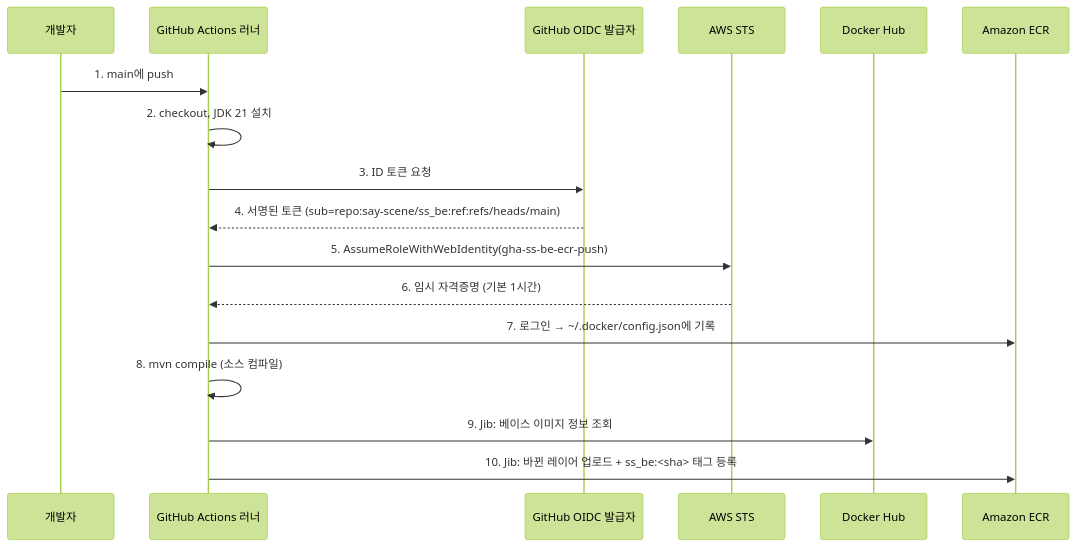
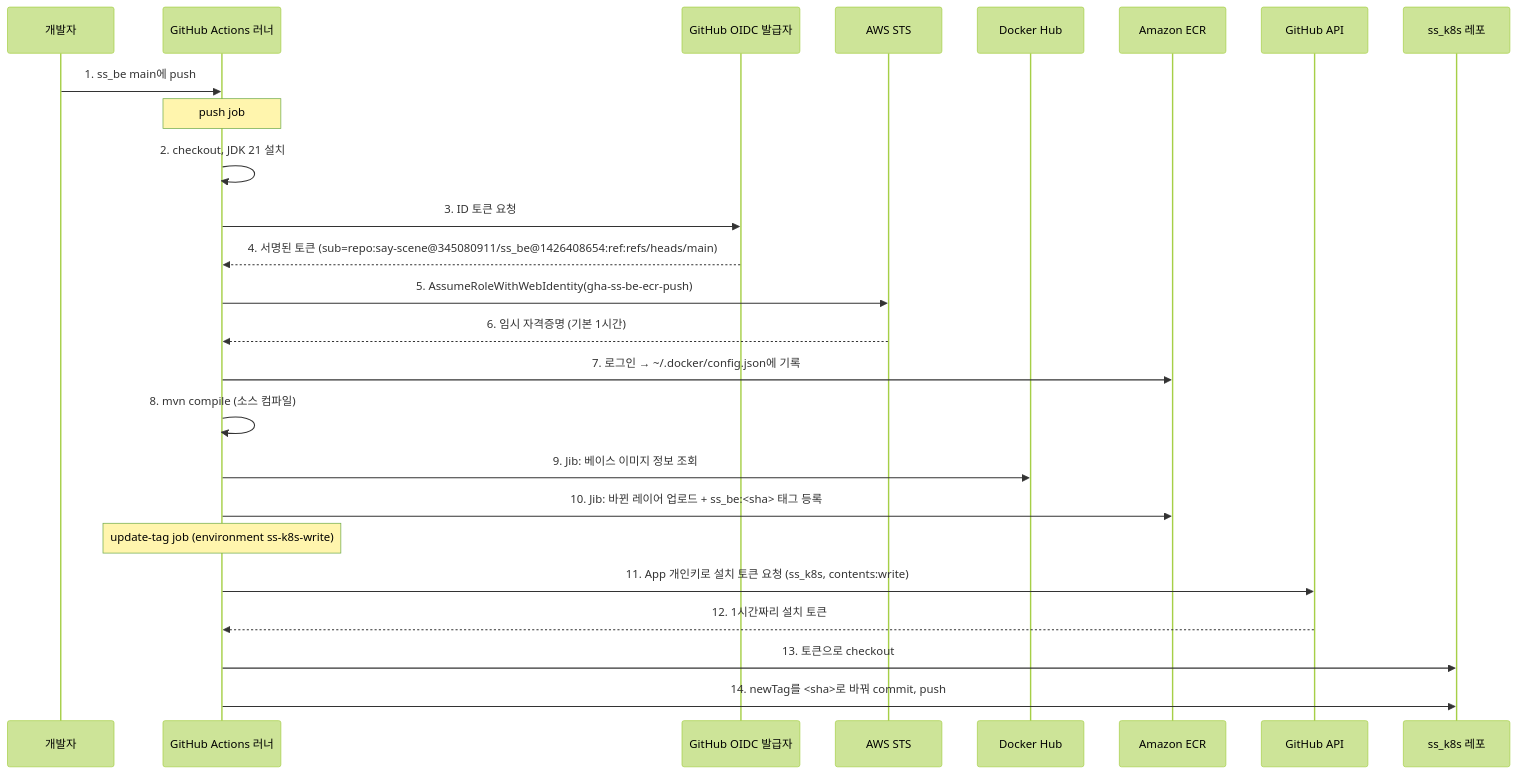
The diagram in cicd/gha/gha-ecr-jib-push-manual-v1.md (say-scene/ss-docs), drawn with Mermaid (forest theme) before and after one commit. The commit also changed other lines of this file, not shown here.

First line of the commit message:
docs: ECR push 매뉴얼에 GitHub App 기반 ss_k8s 태그 갱신 절차 추가

````diff
--- a/cicd/gha/gha-ecr-jib-push-manual-v1.md
+++ b/cicd/gha/gha-ecr-jib-push-manual-v1.md
@@ -38,19 +53,27 @@
 ```mermaid
 sequenceDiagram
   participant Dev as 개발자
   participant GH as GitHub Actions 러너
   participant IdP as GitHub OIDC 발급자
   participant STS as AWS STS
   participant Hub as Docker Hub
   participant ECR as Amazon ECR
-  Dev->>GH: 1. main에 push
+  participant API as GitHub API
+  participant K8S as ss_k8s 레포
+  Dev->>GH: 1. ss_be main에 push
+  Note over GH: push job
   GH->>GH: 2. checkout, JDK 21 설치
   GH->>IdP: 3. ID 토큰 요청
-  IdP-->>GH: 4. 서명된 토큰 (sub=repo:say-scene/ss_be:ref:refs/heads/main)
+  IdP-->>GH: 4. 서명된 토큰 (sub=repo:say-scene@345080911/ss_be@1426408654:ref:refs/heads/main)
   GH->>STS: 5. AssumeRoleWithWebIdentity(gha-ss-be-ecr-push)
   STS-->>GH: 6. 임시 자격증명 (기본 1시간)
   GH->>ECR: 7. 로그인 → ~/.docker/config.json에 기록
   GH->>GH: 8. mvn compile (소스 컴파일)
   GH->>Hub: 9. Jib: 베이스 이미지 정보 조회
   GH->>ECR: 10. Jib: 바뀐 레이어 업로드 + ss_be:<sha> 태그 등록
+  Note over GH: update-tag job (environment ss-k8s-write)
+  GH->>API: 11. App 개인키로 설치 토큰 요청 (ss_k8s, contents:write)
+  API-->>GH: 12. 1시간짜리 설치 토큰
+  GH->>K8S: 13. 토큰으로 checkout
+  GH->>K8S: 14. newTag를 <sha>로 바꿔 commit, push
 ```
````
